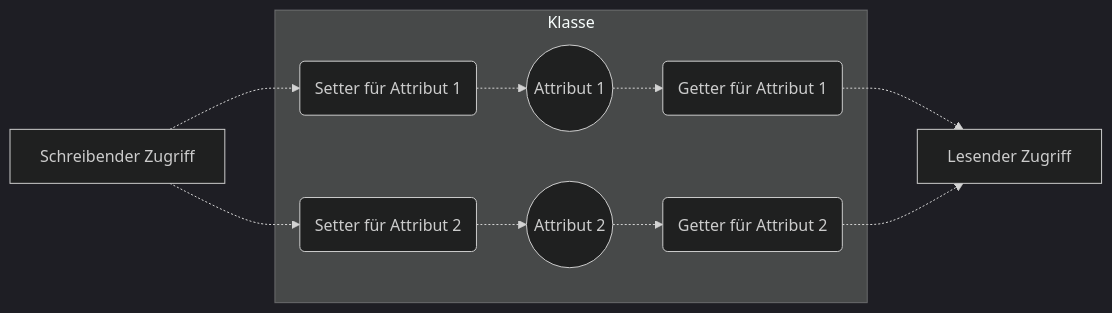
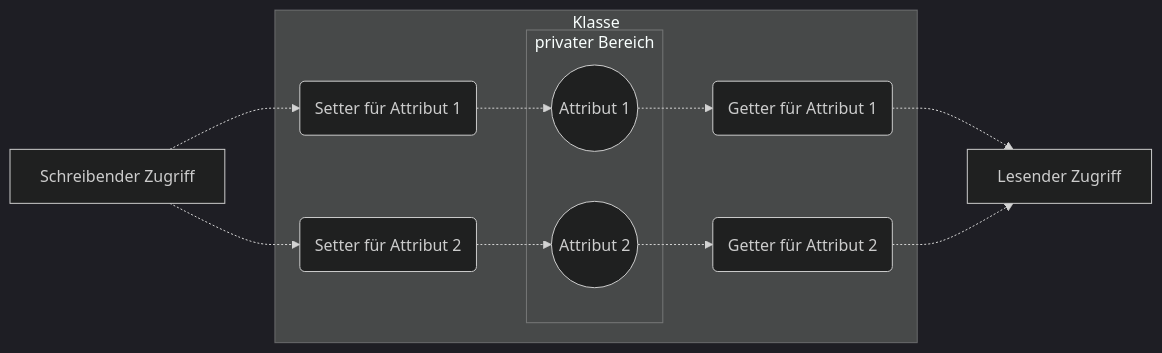
One commit to jappuccini/java-docs changed the second of 3 diagrams in docs/documentation/oo.md. Above: the diagram before and after it, drawn with Mermaid (dark theme).

````diff
--- a/docs/documentation/oo.md
+++ b/docs/documentation/oo.md
@@ -29,15 +29,17 @@
 ```mermaid
 flowchart LR
     write[Schreibender Zugriff] -.-> setter1
     write -.-> setter2
     getter1 -.-> read[Lesender Zugriff]
     getter2 -.-> read
     subgraph Klasse
-        attribut1((Attribut 1))
-        attribut2((Attribut 2))
+        subgraph privater Bereich
+            attribut1((Attribut 1))
+            attribut2((Attribut 2))
+        end
         setter1(Setter für Attribut 1) -.-> attribut1
         attribut1 -.-> getter1(Getter für Attribut 1)
         setter2(Setter für Attribut 2) -.-> attribut2
         attribut2 -.-> getter2(Getter für Attribut 2)
     end
 ```
````
